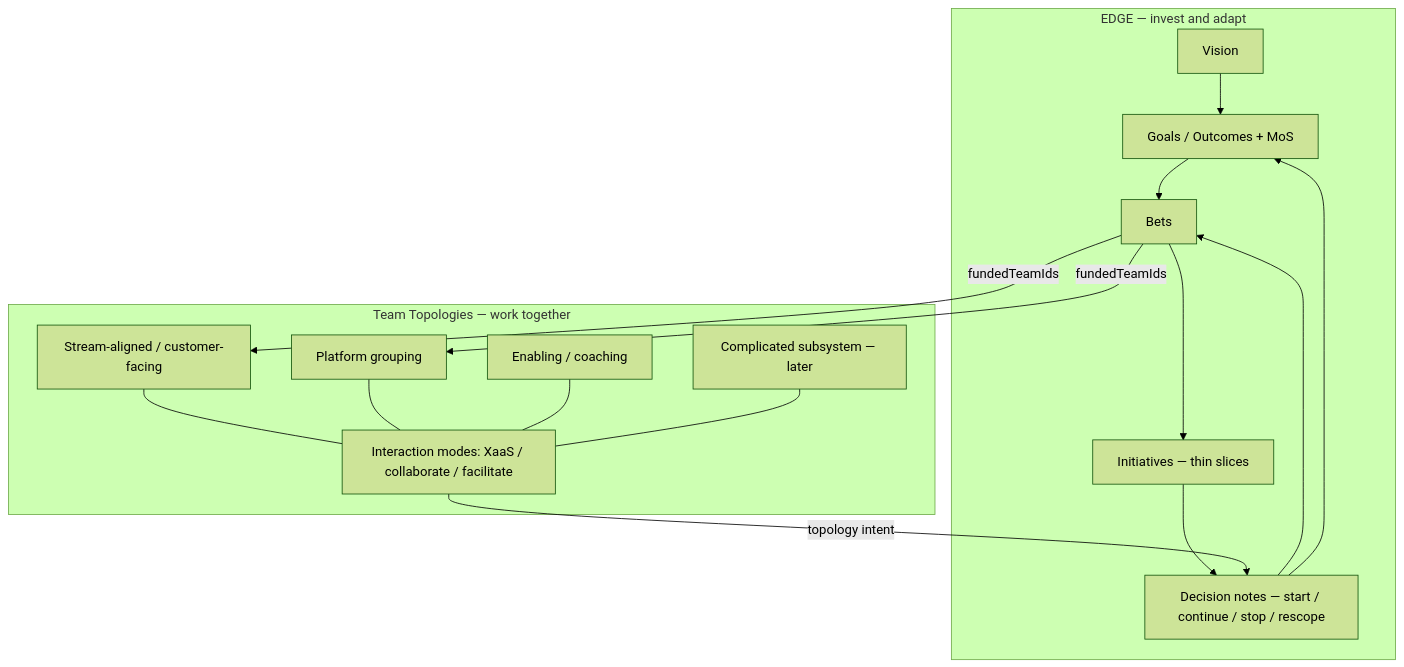
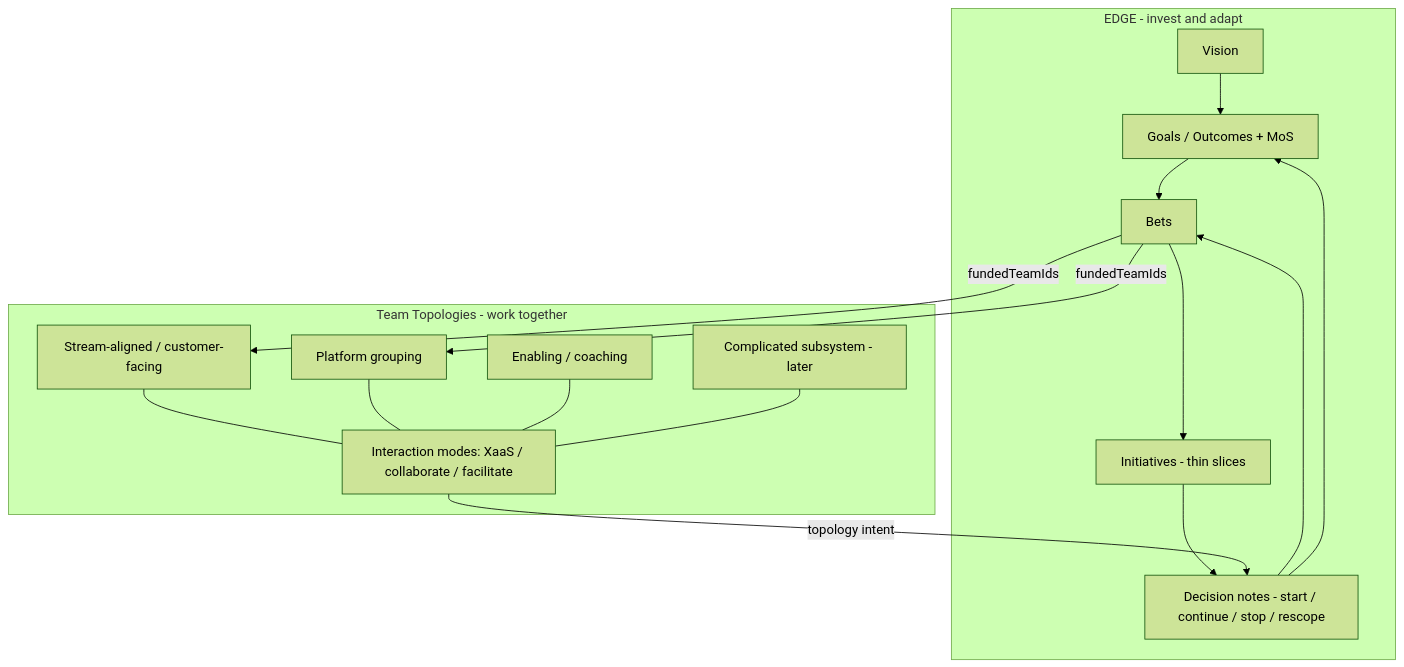
The first of 2 diagrams in plan/docs/OPERATING_MODEL_ALIGNMENT.md (mzworthington/steerco), drawn with Mermaid (forest theme) before and after one commit. The commit also changed other lines of this file and 69 other files, not shown here.

````diff
--- a/plan/docs/OPERATING_MODEL_ALIGNMENT.md
+++ b/plan/docs/OPERATING_MODEL_ALIGNMENT.md
@@ -48,30 +48,30 @@
 ```mermaid
 flowchart TB
-  subgraph edge [EDGE — invest and adapt]
+  subgraph edge [EDGE - invest and adapt]
     vision[Vision]
     goals[Goals / Outcomes + MoS]
     bets[Bets]
-    initiatives[Initiatives — thin slices]
-    decide[Decision notes — start / continue / stop / rescope]
+    initiatives[Initiatives - thin slices]
+    decide[Decision notes - start / continue / stop / rescope]
     vision --> goals --> bets --> initiatives
     initiatives --> decide
     decide --> bets
     decide --> goals
   end
 
-  subgraph tt [Team Topologies — work together]
+  subgraph tt [Team Topologies - work together]
     stream[Stream-aligned / customer-facing]
     platform[Platform grouping]
     enabling[Enabling / coaching]
-    subsystem[Complicated subsystem — later]
+    subsystem[Complicated subsystem - later]
     modes[Interaction modes: XaaS / collaborate / facilitate]
     stream --- modes
     platform --- modes
     enabling --- modes
     subsystem --- modes
   end
 
   bets -->|fundedTeamIds| stream
   bets -->|fundedTeamIds| platform
   modes -->|topology intent| decide
 ```
````
